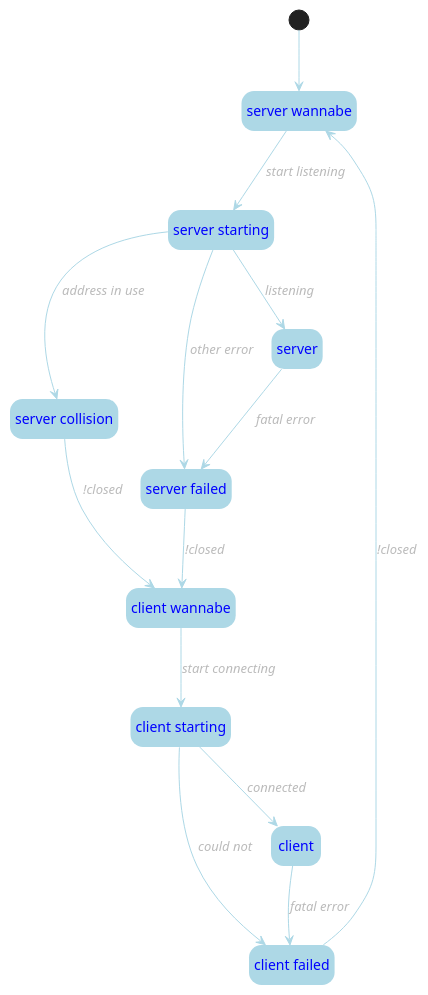
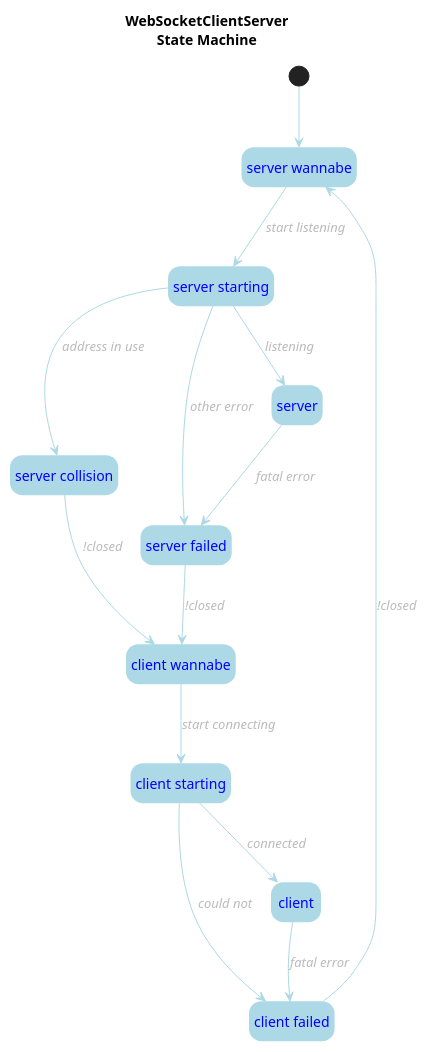
The diagram in src/client-server-state.puml (hugojosefson/deno-websocket-broadcastchannel), drawn with PlantUML before and after one commit. The commit also changed 2 other files, not shown here.

```diff
--- a/src/client-server-state.puml
+++ b/src/client-server-state.puml
@@ -1,29 +1,30 @@
 @startuml
 hide empty description
 skinparam ArrowFontColor #bbb
 skinparam ArrowFontStyle italic
 skinparam ArrowColor lightblue
 skinparam StateFontColor blue
 skinparam StateBackgroundColor lightblue
 skinparam StateBorderColor none
+title "WebSocketClientServer\nState Machine"
 state "server wannabe" as server_wannabe
 state "server starting" as server_starting
 state "server collision" as server_collision
 state "server failed" as server_failed
 state "client wannabe" as client_wannabe
 state "client starting" as client_starting
 state "client failed" as client_failed
 [*] --> server_wannabe
 server_wannabe --> server_starting: start listening
 server_starting --> server_collision: address in use
 server_starting --> server: listening
 server_starting --> server_failed: other error
 server_collision --> client_wannabe: !closed
 server --> server_failed: fatal error
 server_failed --> client_wannabe: !closed
 client_wannabe --> client_starting: start connecting
 client_starting --> client: connected
 client_starting --> client_failed: could not
 client --> client_failed: fatal error
 client_failed --> server_wannabe: !closed
 @enduml
```
